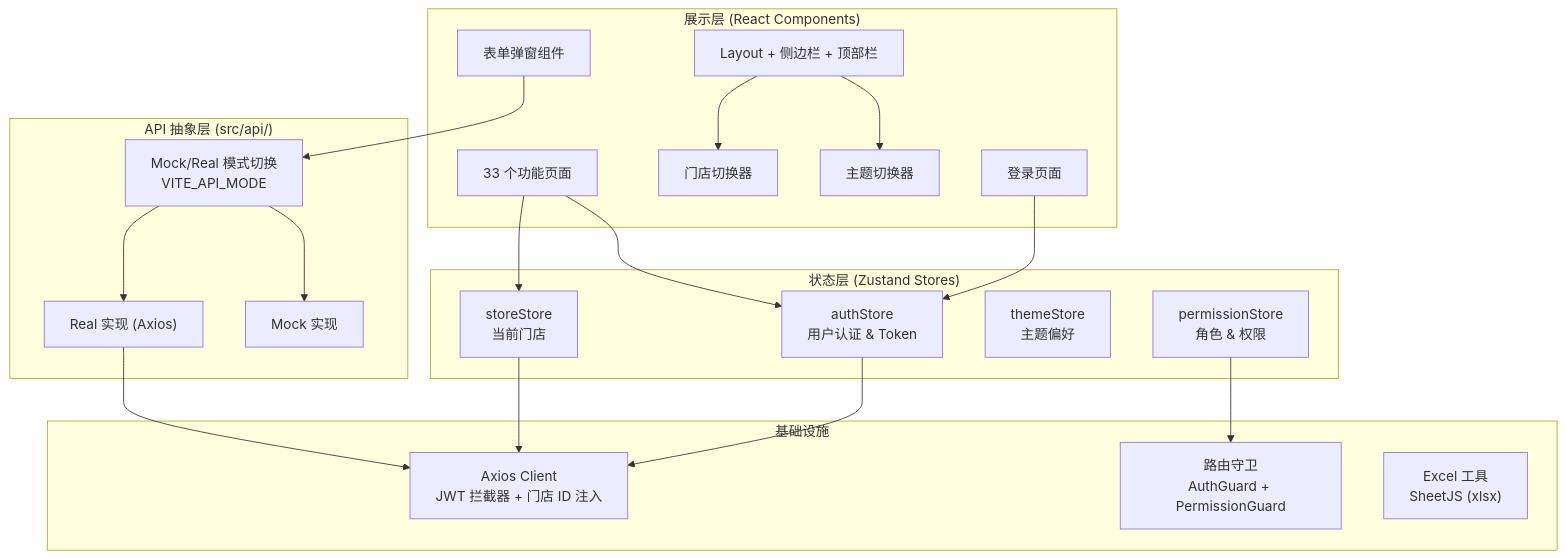
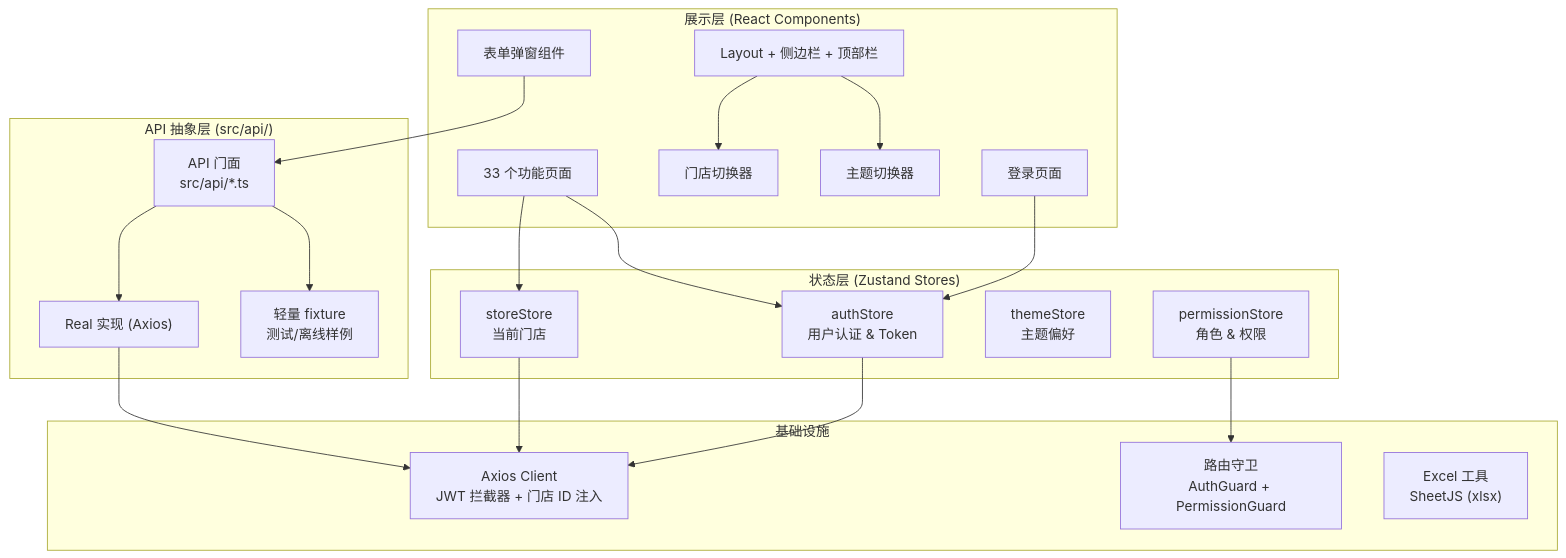
One commit to vali001007/beauty-salon-admin changed the first of 2 diagrams in docs/02-产品设计/Admin Panel/Admin Panel-design.md. Above: the diagram before and after it, drawn with Mermaid. The commit also changed other lines of this file and 50 other files, not shown here.

````diff
--- a/docs/02-产品设计/Admin Panel/Admin Panel-design.md
+++ b/docs/02-产品设计/Admin Panel/Admin Panel-design.md
@@ -17,45 +17,45 @@
 ```mermaid
 graph TB
     subgraph 展示层["展示层 (React Components)"]
         Pages["33 个功能页面"]
         FormDialogs["表单弹窗组件"]
         Layout["Layout + 侧边栏 + 顶部栏"]
         ThemeSwitcher["主题切换器"]
         StoreSwitcher["门店切换器"]
         LoginPage["登录页面"]
     end
 
     subgraph 状态层["状态层 (Zustand Stores)"]
         AuthStore["authStore<br/>用户认证 & Token"]
         StoreStore["storeStore<br/>当前门店"]
         ThemeStore["themeStore<br/>主题偏好"]
         PermissionStore["permissionStore<br/>角色 & 权限"]
     end
 
     subgraph API抽象层["API 抽象层 (src/api/)"]
-        ApiSwitch["Mock/Real 模式切换<br/>VITE_API_MODE"]
-        MockImpl["Mock 实现"]
+        ApiSwitch["API 门面<br/>src/api/*.ts"]
+        MockImpl["轻量 fixture<br/>测试/离线样例"]
         RealImpl["Real 实现 (Axios)"]
     end
 
     subgraph 基础设施["基础设施"]
         AxiosClient["Axios Client<br/>JWT 拦截器 + 门店 ID 注入"]
         RouteGuard["路由守卫<br/>AuthGuard + PermissionGuard"]
         ExcelUtils["Excel 工具<br/>SheetJS (xlsx)"]
     end
 
     Pages --> AuthStore
     Pages --> StoreStore
     FormDialogs --> ApiSwitch
     Layout --> ThemeSwitcher
     Layout --> StoreSwitcher
     LoginPage --> AuthStore
 
     AuthStore --> AxiosClient
     StoreStore --> AxiosClient
     PermissionStore --> RouteGuard
 
     ApiSwitch --> MockImpl
     ApiSwitch --> RealImpl
     RealImpl --> AxiosClient
 ```
````
